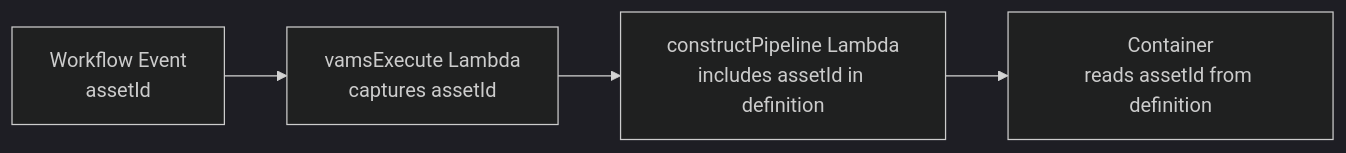
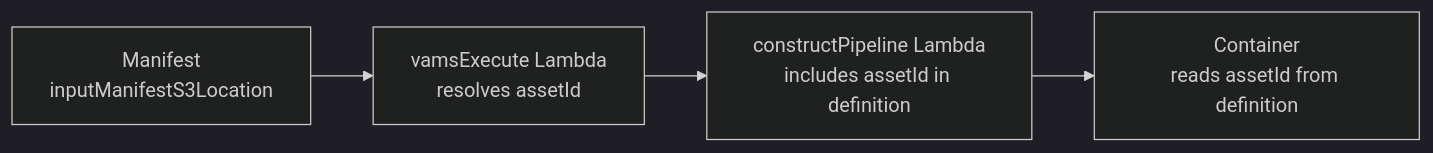
The second of 2 diagrams in documentation/docusaurus-site/docs/pipelines/custom-pipelines.md (awslabs/visual-asset-management-system), drawn with Mermaid (dark theme) before and after one commit. The commit also changed other lines of this file and 2239 other files, not shown here.

````diff
--- a/documentation/docusaurus-site/docs/pipelines/custom-pipelines.md
+++ b/documentation/docusaurus-site/docs/pipelines/custom-pipelines.md
@@ -310,6 +369,6 @@
 ```mermaid
 flowchart LR
-    A[Workflow Event<br/>assetId] --> B[vamsExecute Lambda<br/>captures assetId]
+    A[Manifest<br/>inputManifestS3Location] --> B[vamsExecute Lambda<br/>resolves assetId]
     B --> C[constructPipeline Lambda<br/>includes assetId in definition]
     C --> D[Container<br/>reads assetId from definition]
 ```
````
